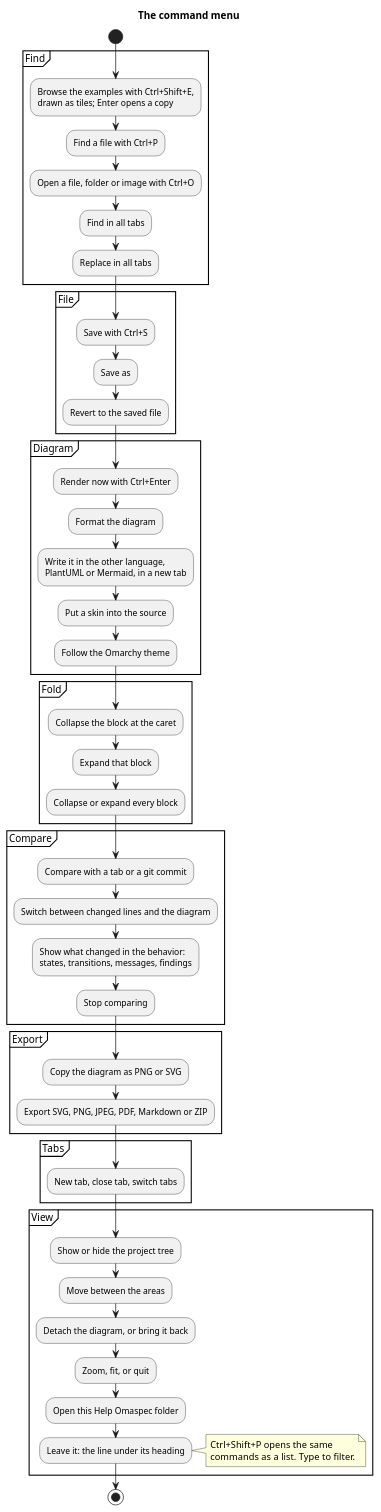
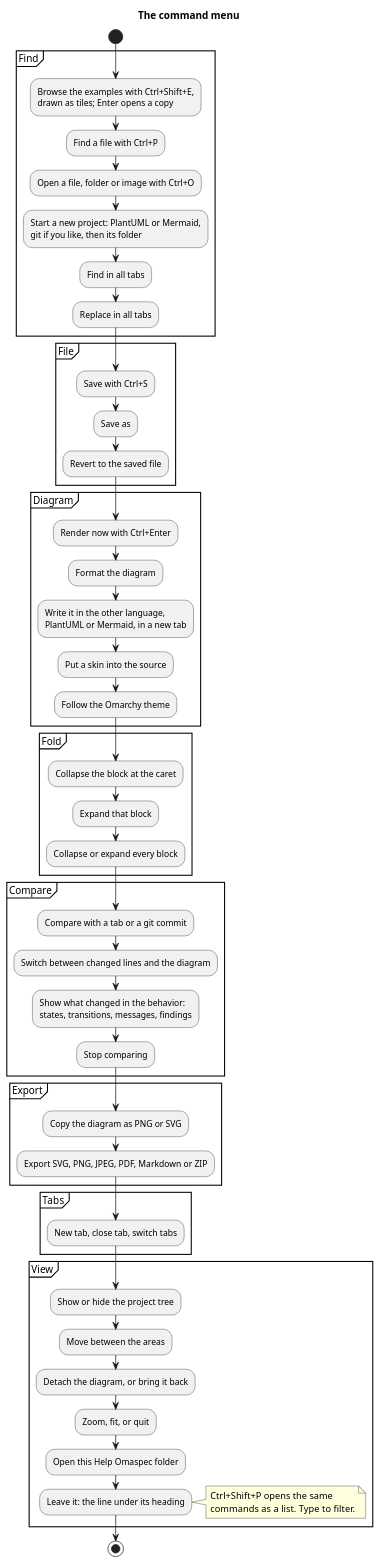
The diagram in examples/Help Omaspec/menu.puml (enhapu-afk/omaspec), drawn with PlantUML before and after one commit. The commit also changed 21 other files, not shown here.

First line of the commit message:
feat: start a project with omaspec-project.toml

```diff
--- a/examples/Help Omaspec/menu.puml
+++ b/examples/Help Omaspec/menu.puml
@@ -1,57 +1,59 @@
 @startuml
 title The command menu
 start
 partition Find {
   :Browse the examples with Ctrl+Shift+E,
   drawn as tiles; Enter opens a copy;
   :Find a file with Ctrl+P;
   :Open a file, folder or image with Ctrl+O;
+  :Start a new project: PlantUML or Mermaid,
+  git if you like, then its folder;
   :Find in all tabs;
   :Replace in all tabs;
 }
 partition File {
   :Save with Ctrl+S;
   :Save as;
   :Revert to the saved file;
 }
 partition Diagram {
   :Render now with Ctrl+Enter;
   :Format the diagram;
   :Write it in the other language,
   PlantUML or Mermaid, in a new tab;
   :Put a skin into the source;
   :Follow the Omarchy theme;
 }
 partition Fold {
   :Collapse the block at the caret;
   :Expand that block;
   :Collapse or expand every block;
 }
 partition Compare {
   :Compare with a tab or a git commit;
   :Switch between changed lines and the diagram;
   :Show what changed in the behavior:
   states, transitions, messages, findings;
   :Stop comparing;
 }
 partition Export {
   :Copy the diagram as PNG or SVG;
   :Export SVG, PNG, JPEG, PDF, Markdown or ZIP;
 }
 partition Tabs {
   :New tab, close tab, switch tabs;
 }
 partition View {
   :Show or hide the project tree;
   :Move between the areas;
   :Detach the diagram, or bring it back;
   :Zoom, fit, or quit;
   :Open this Help Omaspec folder;
   :Leave it: the line under its heading;
   note right
     Ctrl+Shift+P opens the same
     commands as a list. Type to filter.
   end note
 }
 stop
 @enduml
```
